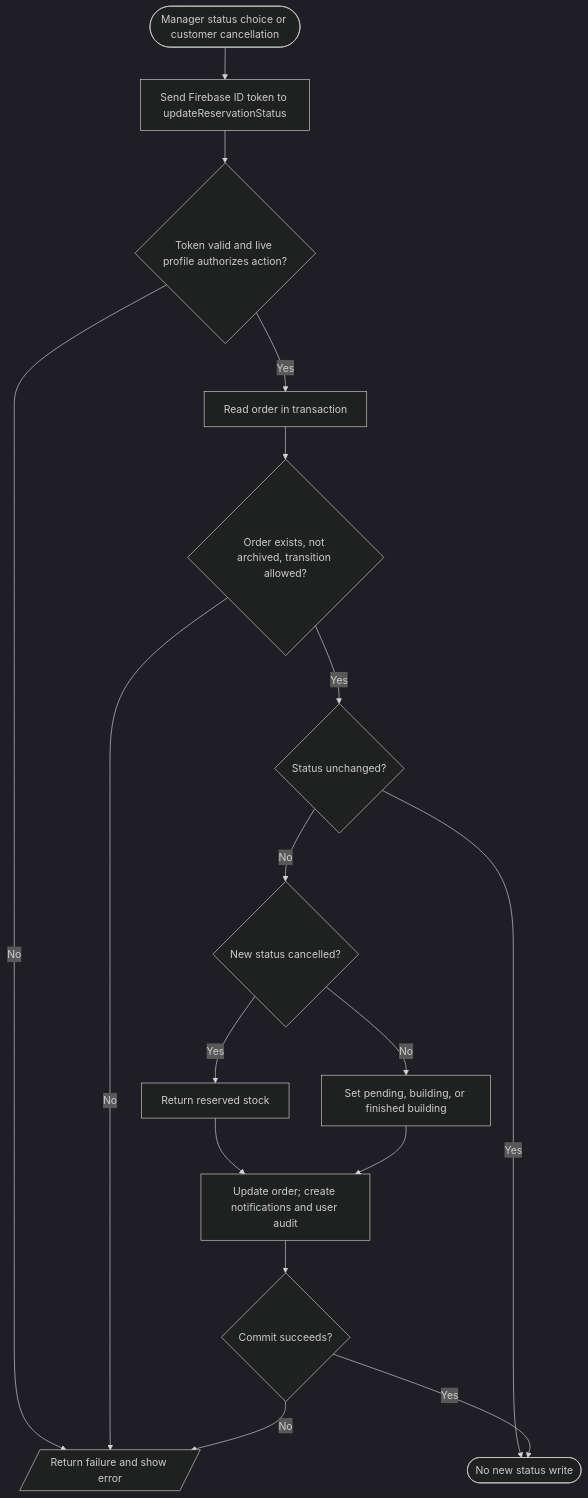
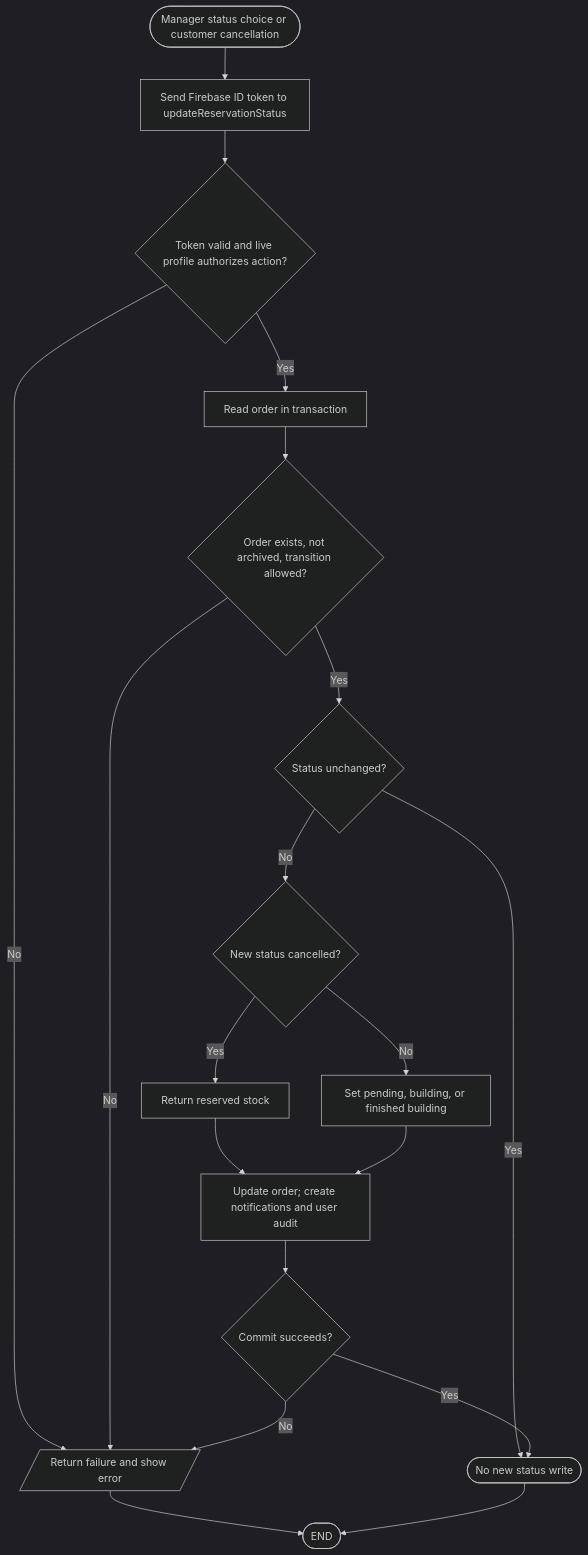
Before and after one commit to VirgenRayzon/BuilbotAI: the second of 2 diagrams in docs/flowcharts/reservations-flowchart.md, drawn with Mermaid (dark theme). The commit also changed other lines of this file and 109 other files, not shown here.

Commit message:
feat(builder): add live recommendations, budget slider, and updated system flowcharts

````diff
--- a/docs/flowcharts/reservations-flowchart.md
+++ b/docs/flowcharts/reservations-flowchart.md
@@ -23,19 +33,21 @@
 ```mermaid
 flowchart TD
   Start([Manager status choice or customer cancellation]) --> Token[Send Firebase ID token to updateReservationStatus]
   Token --> Verify{Token valid and live profile authorizes action?}
   Verify -- No --> Denied[/Return failure and show error/]
   Verify -- Yes --> Load[Read order in transaction]
   Load --> Allowed{Order exists, not archived, transition allowed?}
   Allowed -- No --> Denied
   Allowed -- Yes --> Same{Status unchanged?}
   Same -- Yes --> Done([No new status write])
   Same -- No --> Cancel{New status cancelled?}
   Cancel -- Yes --> Restore[Return reserved stock]
   Cancel -- No --> Update[Set pending, building, or finished building]
   Restore --> Notify[Update order; create notifications and user audit]
   Update --> Notify
   Notify --> Result{Commit succeeds?}
   Result -- No --> Denied
   Result -- Yes --> Done
+  Denied --> Finish([END])
+  Done --> Finish
 ```
````
